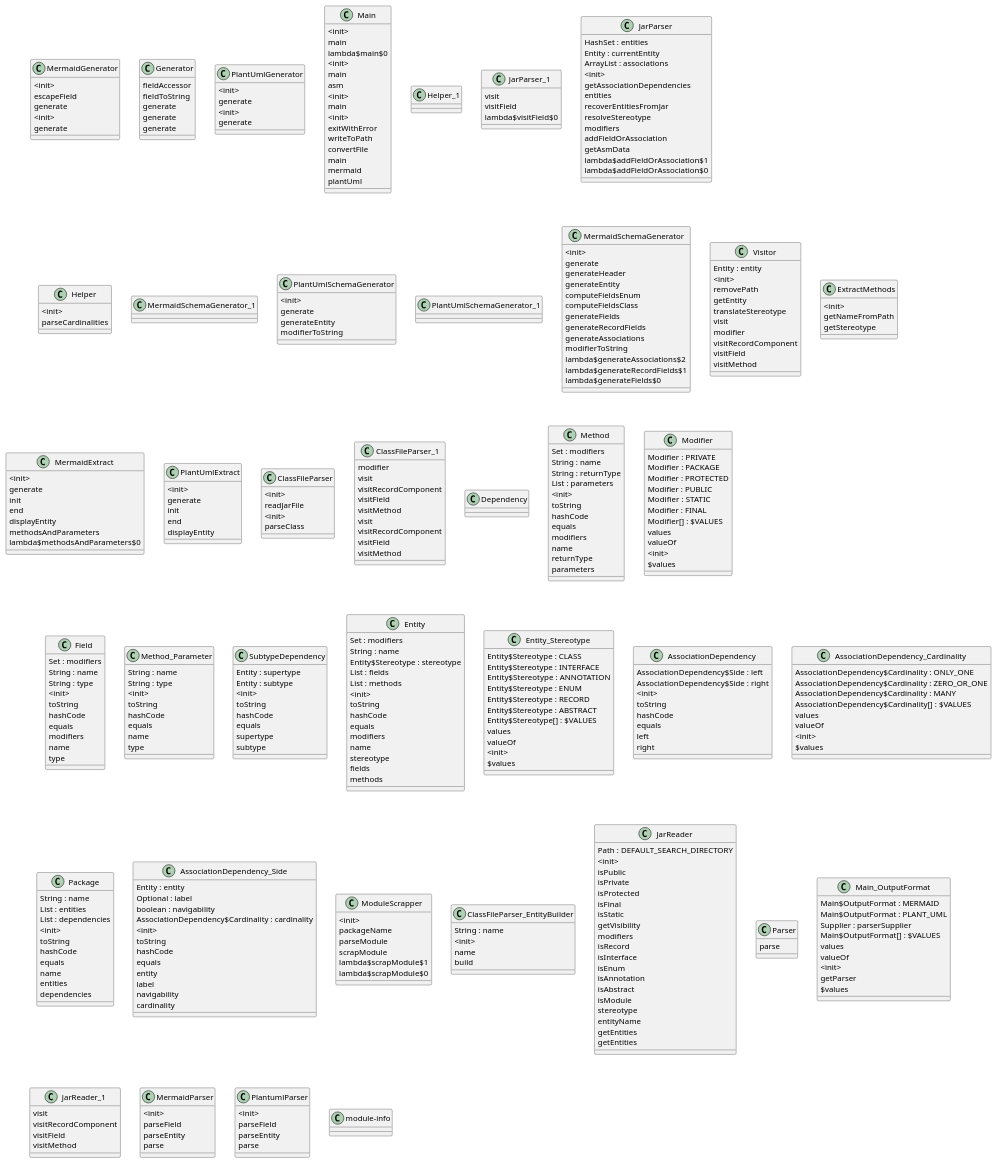
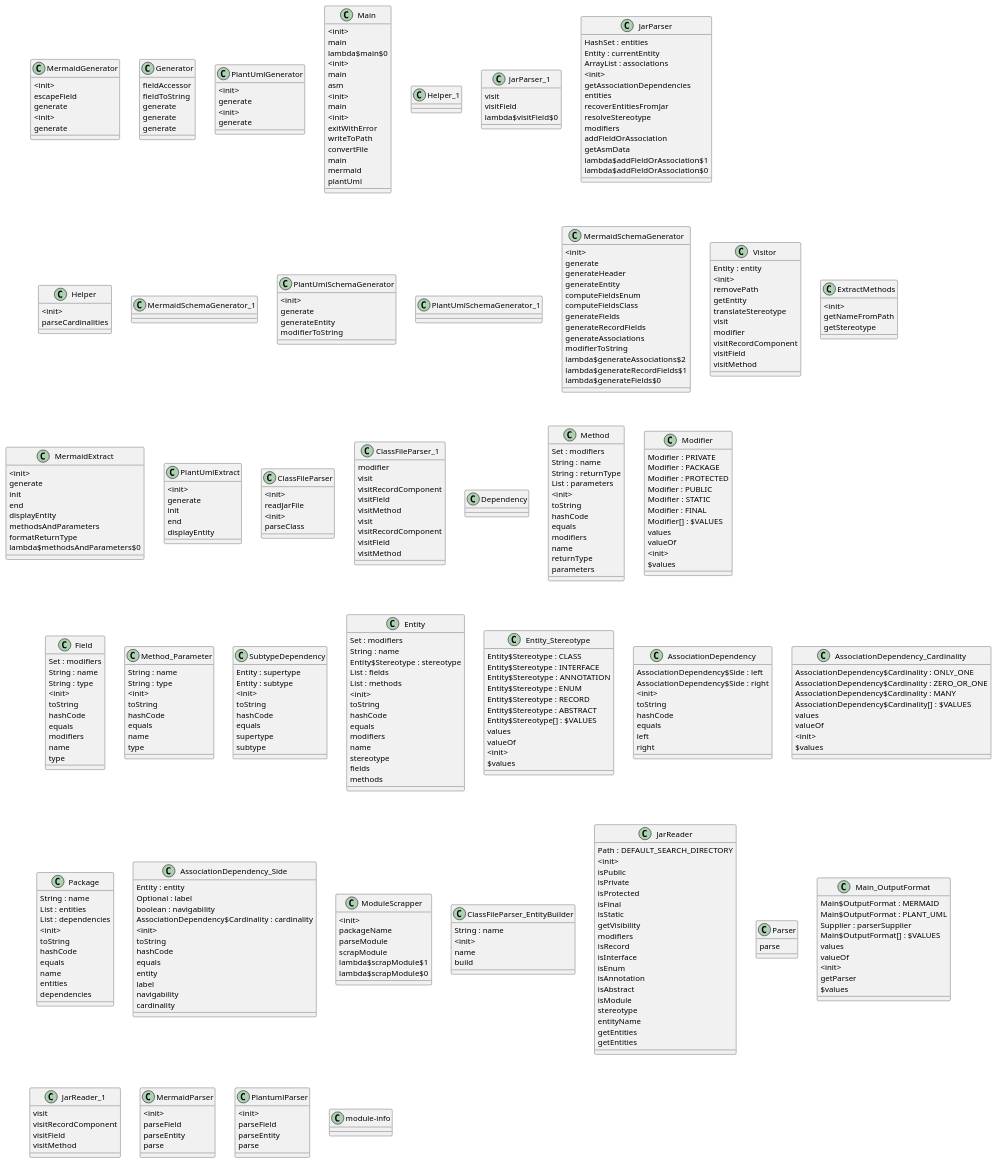
The diagram in src/main/java/com/github/veluvexiau/umldoc/core/plantExport.md (forax/umldoc), drawn with PlantUML before and after one commit. The commit also changed 3 other files, not shown here.

```diff
--- a/src/main/java/com/github/veluvexiau/umldoc/core/plantExport.md
+++ b/src/main/java/com/github/veluvexiau/umldoc/core/plantExport.md
@@ -124,6 +124,7 @@
 		end
 		displayEntity
 		methodsAndParameters
+		formatReturnType
 		lambda$methodsAndParameters$0
 	}
 
```
